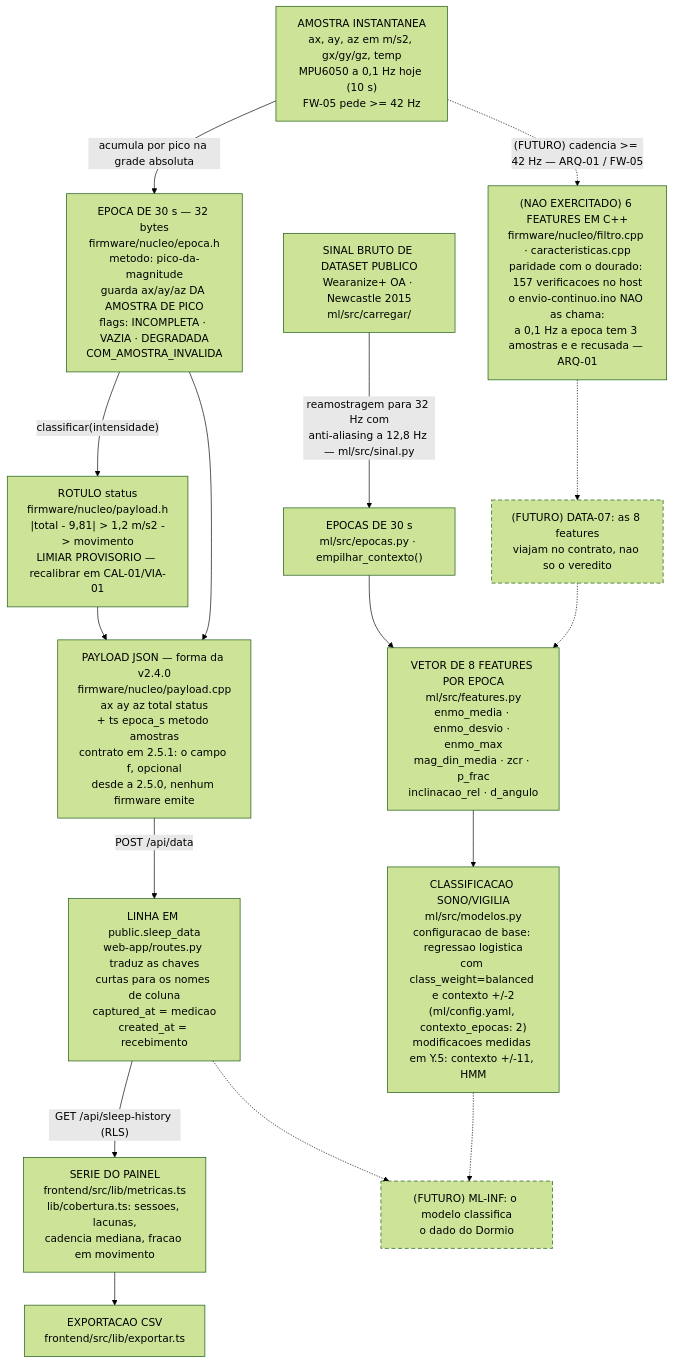
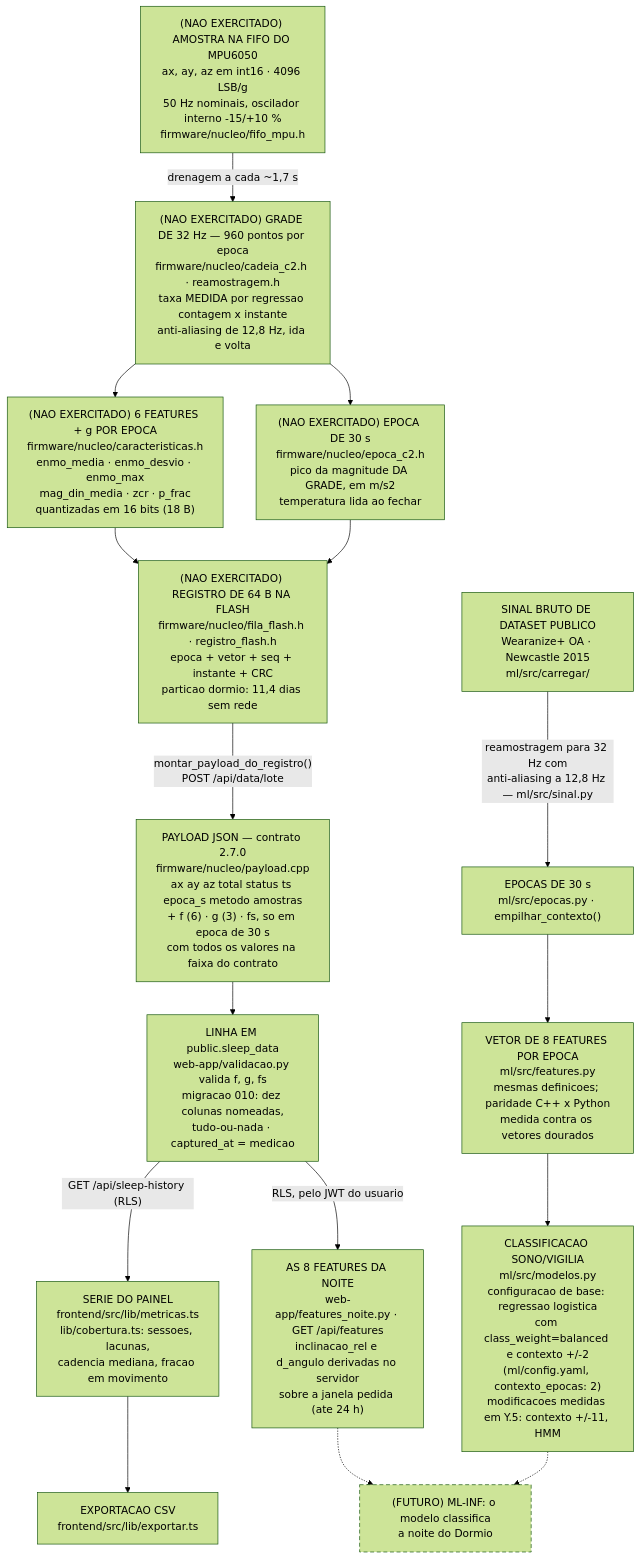
One commit to vitormendes4072/DormioSmart changed the third of 3 diagrams in docs/diagramas/DIAG-03-firmware-e-fluxo-do-dado.md. Above: the diagram before and after it, drawn with Mermaid (forest theme). The commit also changed other lines of this file and 10 other files, not shown here.

````diff
--- a/docs/diagramas/DIAG-03-firmware-e-fluxo-do-dado.md
+++ b/docs/diagramas/DIAG-03-firmware-e-fluxo-do-dado.md
@@ -111,36 +126,38 @@
 ```mermaid
 flowchart TB
-    A["AMOSTRA INSTANTANEA<br/>ax, ay, az em m/s2, gx/gy/gz, temp<br/>MPU6050 a 0,1 Hz hoje (10 s)<br/>FW-05 pede >= 42 Hz"]
-    B["EPOCA DE 30 s — 32 bytes<br/>firmware/nucleo/epoca.h<br/>metodo: pico-da-magnitude<br/>guarda ax/ay/az DA AMOSTRA DE PICO<br/>flags: INCOMPLETA · VAZIA · DEGRADADA<br/>COM_AMOSTRA_INVALIDA"]
-    C["ROTULO status<br/>firmware/nucleo/payload.h<br/>|total - 9,81| > 1,2 m/s2 -> movimento<br/>LIMIAR PROVISORIO — recalibrar em CAL-01/VIA-01"]
-    D["PAYLOAD JSON — forma da v2.4.0<br/>firmware/nucleo/payload.cpp<br/>ax ay az total status<br/>+ ts epoca_s metodo amostras<br/>contrato em 2.5.1: o campo f, opcional<br/>desde a 2.5.0, nenhum firmware emite"]
-    E["LINHA EM public.sleep_data<br/>web-app/routes.py traduz as chaves<br/>curtas para os nomes de coluna<br/>captured_at = medicao<br/>created_at = recebimento"]
+    A["(NAO EXERCITADO) AMOSTRA NA FIFO DO MPU6050<br/>ax, ay, az em int16 · 4096 LSB/g<br/>50 Hz nominais, oscilador interno -15/+10 %<br/>firmware/nucleo/fifo_mpu.h"]
+    B["(NAO EXERCITADO) GRADE DE 32 Hz — 960 pontos por epoca<br/>firmware/nucleo/cadeia_c2.h · reamostragem.h<br/>taxa MEDIDA por regressao contagem x instante<br/>anti-aliasing de 12,8 Hz, ida e volta"]
+    FT["(NAO EXERCITADO) 6 FEATURES + g POR EPOCA<br/>firmware/nucleo/caracteristicas.h<br/>enmo_media · enmo_desvio · enmo_max<br/>mag_din_media · zcr · p_frac<br/>quantizadas em 16 bits (18 B)"]
+    EP["(NAO EXERCITADO) EPOCA DE 30 s<br/>firmware/nucleo/epoca_c2.h<br/>pico da magnitude DA GRADE, em m/s2<br/>temperatura lida ao fechar"]
+    RG["(NAO EXERCITADO) REGISTRO DE 64 B NA FLASH<br/>firmware/nucleo/fila_flash.h · registro_flash.h<br/>epoca + vetor + seq + instante + CRC<br/>particao dormio: 11,4 dias sem rede"]
+    D["PAYLOAD JSON — contrato 2.7.0<br/>firmware/nucleo/payload.cpp<br/>ax ay az total status ts epoca_s metodo amostras<br/>+ f (6) · g (3) · fs, so em epoca de 30 s<br/>com todos os valores na faixa do contrato"]
+    E["LINHA EM public.sleep_data<br/>web-app/validacao.py valida f, g, fs<br/>migracao 010: dez colunas nomeadas,<br/>tudo-ou-nada · captured_at = medicao"]
+    N["AS 8 FEATURES DA NOITE<br/>web-app/features_noite.py · GET /api/features<br/>inclinacao_rel e d_angulo derivadas no servidor<br/>sobre a janela pedida (ate 24 h)"]
     F["SERIE DO PAINEL<br/>frontend/src/lib/metricas.ts<br/>lib/cobertura.ts: sessoes, lacunas,<br/>cadencia mediana, fracao em movimento"]
     G["EXPORTACAO CSV<br/>frontend/src/lib/exportar.ts"]
 
-    A -->|"acumula por pico na grade absoluta"| B
-    B -->|"classificar(intensidade)"| C
-    C --> D
-    B --> D
-    D -->|"POST /api/data"| E
+    A -->|"drenagem a cada ~1,7 s"| B
+    B --> FT
+    B --> EP
+    FT --> RG
+    EP --> RG
+    RG -->|"montar_payload_do_registro()<br/>POST /api/data/lote"| D
+    D --> E
     E -->|"GET /api/sleep-history (RLS)"| F
     F --> G
+    E -->|"RLS, pelo JWT do usuario"| N
 
-    H["VETOR DE 8 FEATURES POR EPOCA<br/>ml/src/features.py<br/>enmo_media · enmo_desvio · enmo_max<br/>mag_din_media · zcr · p_frac<br/>inclinacao_rel · d_angulo"]
+    H["VETOR DE 8 FEATURES POR EPOCA<br/>ml/src/features.py<br/>mesmas definicoes; paridade C++ x Python<br/>medida contra os vetores dourados"]
     I["CLASSIFICACAO SONO/VIGILIA<br/>ml/src/modelos.py<br/>configuracao de base: regressao logistica<br/>com class_weight=balanced e contexto +/-2<br/>(ml/config.yaml, contexto_epocas: 2)<br/>modificacoes medidas em Y.5: contexto +/-11, HMM"]
 
     J["SINAL BRUTO DE DATASET PUBLICO<br/>Wearanize+ OA · Newcastle 2015<br/>ml/src/carregar/"]
     J -->|"reamostragem para 32 Hz com<br/>anti-aliasing a 12,8 Hz — ml/src/sinal.py"| K["EPOCAS DE 30 s<br/>ml/src/epocas.py · empilhar_contexto()"]
     K --> H --> I
 
-    FC["(NAO EXERCITADO) 6 FEATURES EM C++<br/>firmware/nucleo/filtro.cpp · caracteristicas.cpp<br/>paridade com o dourado: 157 verificacoes no host<br/>o envio-continuo.ino NAO as chama:<br/>a 0,1 Hz a epoca tem 3 amostras e e recusada — ARQ-01"]
-    L["(FUTURO) DATA-07: as 8 features<br/>viajam no contrato, nao so o veredito"]
-    M["(FUTURO) ML-INF: o modelo classifica<br/>o dado do Dormio"]
-    A -.->|"(FUTURO) cadencia >= 42 Hz — ARQ-01 / FW-05"| FC
-    FC -.-> L -.-> H
-    E -.-> M
+    M["(FUTURO) ML-INF: o modelo classifica<br/>a noite do Dormio"]
+    N -.-> M
     I -.-> M
 
     classDef futuro stroke-dasharray: 6 4;
-    class L,M futuro;
+    class M futuro;
 ```
````
